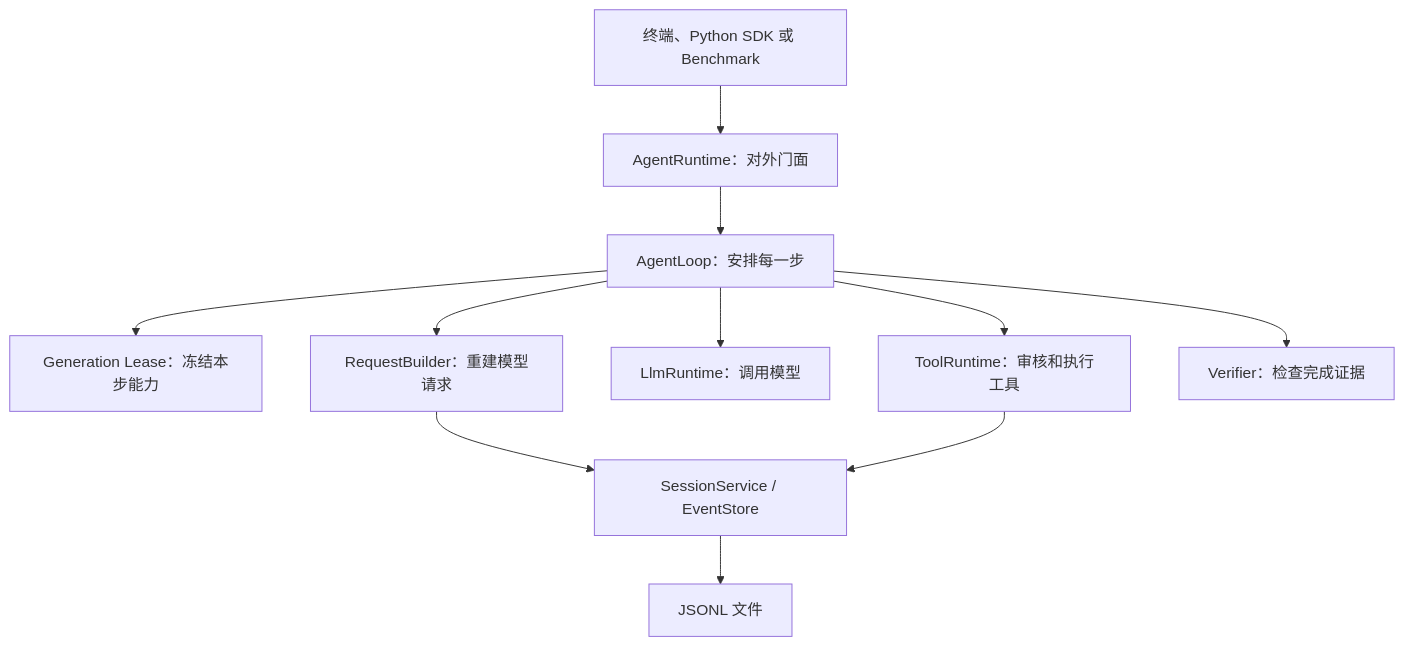
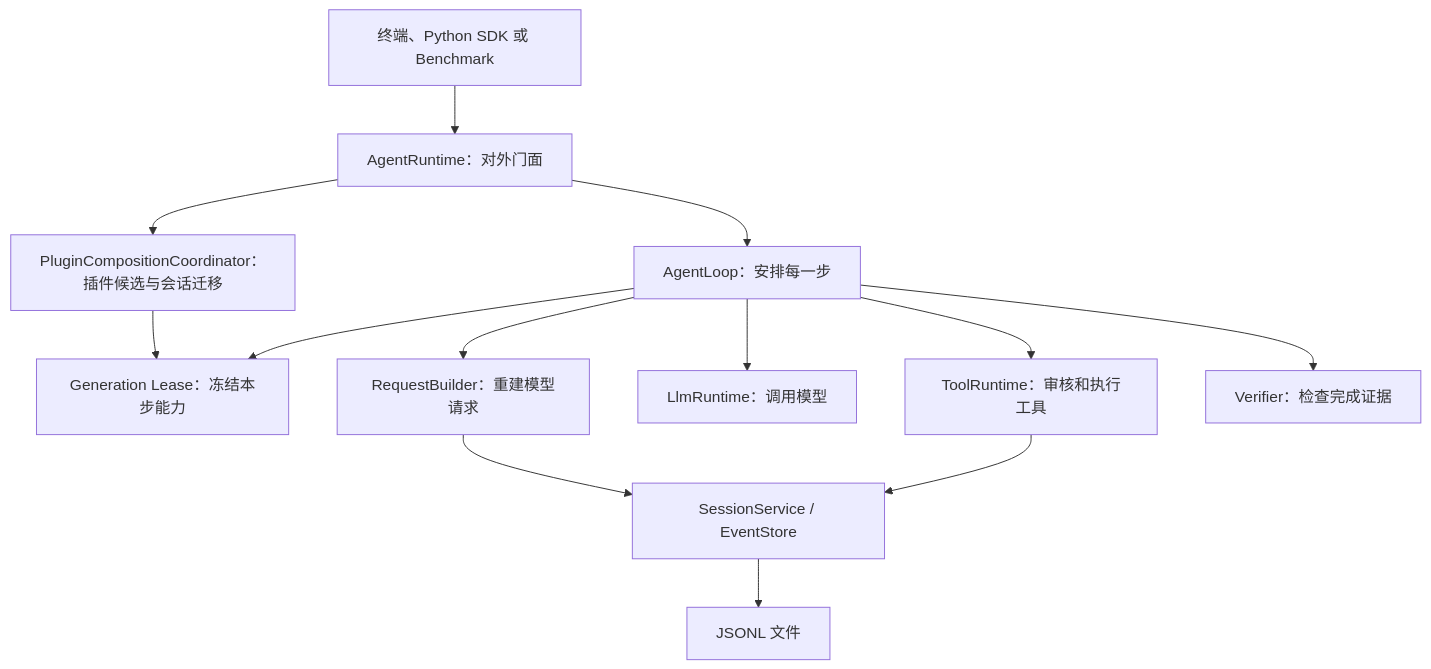
The second of 9 diagrams in docs/note/project-context-plain-zh.md (uboyme/traceHarness), drawn with Mermaid before and after one commit. The commit also changed other lines of this file and 11 other files, not shown here.

First line of the commit message:
refactor: extract plugin composition coordinator

````diff
--- a/docs/note/project-context-plain-zh.md
+++ b/docs/note/project-context-plain-zh.md
@@ -155,13 +155,15 @@
 ```mermaid
 flowchart TD
     ENTRY["终端、Python SDK 或 Benchmark"] --> FACADE["AgentRuntime：对外门面"]
+    FACADE --> CONTROL["PluginCompositionCoordinator：插件候选与会话迁移"]
     FACADE --> LOOP["AgentLoop：安排每一步"]
+    CONTROL --> COMP
     LOOP --> COMP["Generation Lease：冻结本步能力"]
     LOOP --> REQUEST["RequestBuilder：重建模型请求"]
     LOOP --> LLM["LlmRuntime：调用模型"]
     LOOP --> TOOLS["ToolRuntime：审核和执行工具"]
     LOOP --> VERIFIER["Verifier：检查完成证据"]
     REQUEST --> EVENTS["SessionService / EventStore"]
     TOOLS --> EVENTS
     EVENTS --> FILES["JSONL 文件"]
 ```
````
